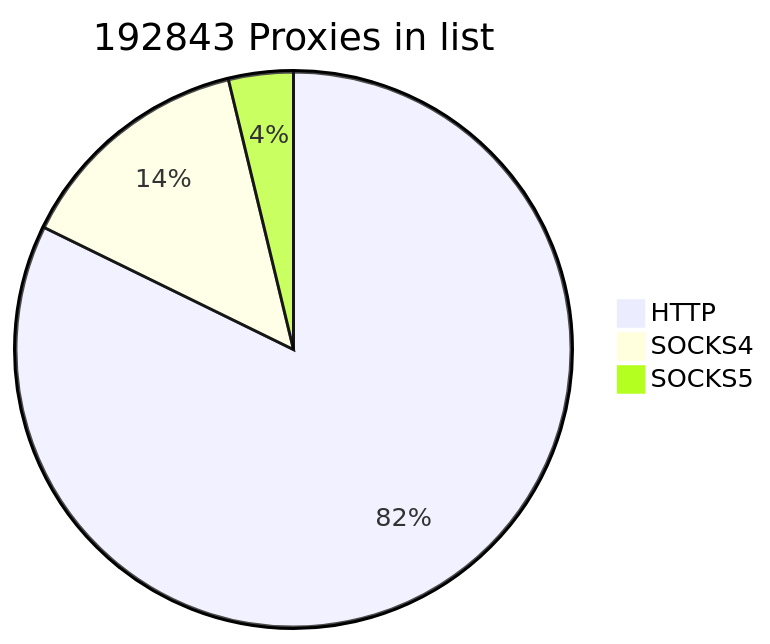
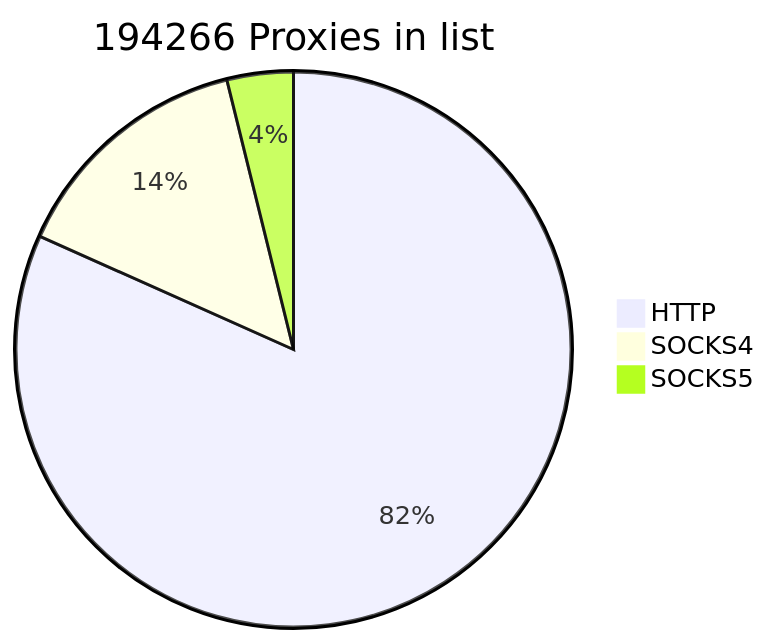
One commit to cutipu/proxylist changed the first of 2 diagrams in README.md. Above: the diagram before and after it, drawn with Mermaid. The commit also changed other lines of this file, not shown here.

````diff
--- a/README.md
+++ b/README.md
@@ -2,7 +2,7 @@
 ```mermaid
-pie title 192843 Proxies in list
-    "HTTP" : 158605
-    "SOCKS4" : 26978
-    "SOCKS5" : 7260
+pie title 194266 Proxies in list
+    "HTTP" : 158678
+    "SOCKS4" : 28095
+    "SOCKS5" : 7493
             
 ```
````
